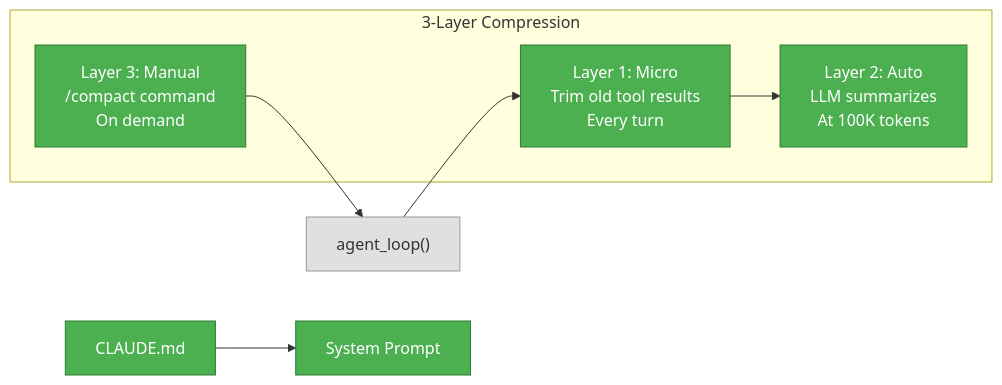
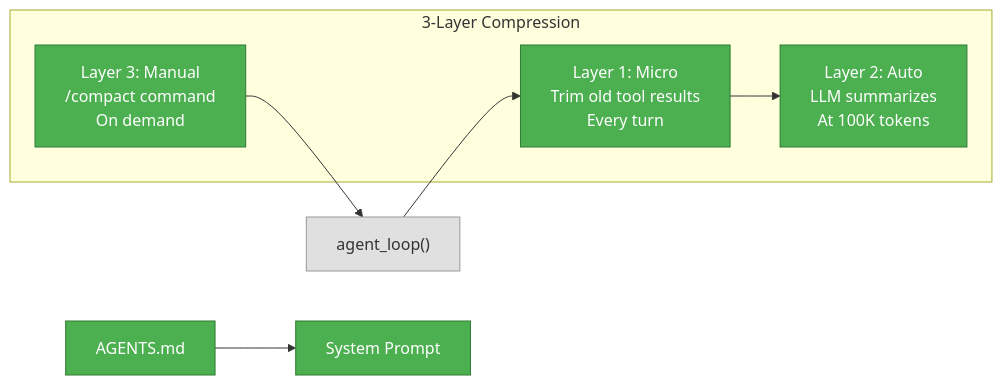
Before and after one commit to khushpanchal/AI-Coding-Agent-From-Scratch: the seventh of 14 diagrams in ARCHITECTURE.md, drawn with Mermaid. The commit also changed other lines of this file, not shown here.

First line of the commit message:
Align ARCHITECTURE with the AGENTS.md naming

````diff
--- a/ARCHITECTURE.md
+++ b/ARCHITECTURE.md
@@ -279,19 +279,19 @@
 ```mermaid
 graph LR
-    CMD["CLAUDE.md"] --> SysPrompt["System Prompt"]
+    CMD["AGENTS.md"] --> SysPrompt["System Prompt"]
 
     subgraph Compression["3-Layer Compression"]
         L1["Layer 1: Micro<br/>Trim old tool results<br/>Every turn"]
         L2["Layer 2: Auto<br/>LLM summarizes<br/>At 100K tokens"]
         L3["Layer 3: Manual<br/>/compact command<br/>On demand"]
     end
 
     Loop["agent_loop()"] --> L1
     L1 --> L2
     L3 --> Loop
 
     classDef existing fill:#e0e0e0,stroke:#999,color:#333
     classDef new fill:#4caf50,color:#fff,stroke:#2e7d32
     class Loop existing
     class CMD,SysPrompt,L1,L2,L3 new
 ```
````
